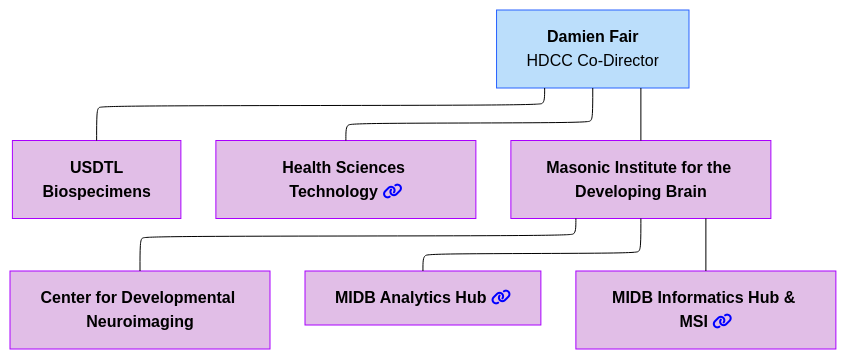
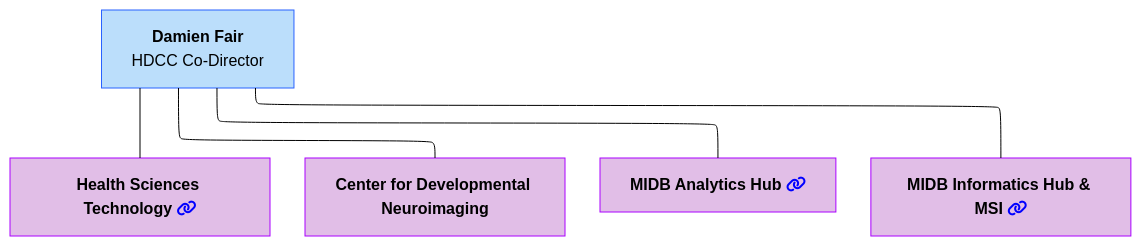
The seventh of 12 diagrams in docs/orgcharts.md (DCAN-Labs/hbcd-docs-internal), drawn with Mermaid (forest theme) before and after one commit. The commit also changed other lines of this file, not shown here.

Commit message:
reorg UMN OC

````diff
--- a/docs/orgcharts.md
+++ b/docs/orgcharts.md
@@ -305,25 +305,21 @@
 ```mermaid
 ---
 config:
   layout: elk
 ---
 flowchart TB
     A["<b>Damien Fair</b><br>HDCC Co-Director"] 
-    A --- biospec["<b>USDTL<br>Biospecimens</b>"]
-    A --- HST["<b>Health Sciences Technology</b> <i class="fa-solid fa-link" style="color: blue;"></i>"]
-    A --- n7["<b>Masonic Institute for the Developing Brain</b>"]
-    n7 --- CDNI["<b>Center for Developmental Neuroimaging</b>"]
-    n7 --- genomics["<b>MIDB Analytics Hub</b> <i class="fa-solid fa-link" style="color: blue;"></i>"]
-    n7 --- informatics["<b>MIDB Informatics Hub &amp; MSI</b> <i class="fa-solid fa-link" style="color: blue;"></i>"]
+    A --- B["<b>Health Sciences Technology</b> <i class="fa-solid fa-link" style="color: blue;"></i>"]
+    A --- C["<b>Center for Developmental Neuroimaging</b>"]
+    A --- D["<b>MIDB Analytics Hub</b> <i class="fa-solid fa-link" style="color: blue;"></i>"]
+    A --- E["<b>MIDB Informatics Hub &amp; MSI</b> <i class="fa-solid fa-link" style="color: blue;"></i>"]
     style A fill:#BBDEFB,stroke:#2962FF
-    style HST fill:#E1BEE7,stroke:#AA00FF
-    style CDNI fill:#E1BEE7,stroke:#AA00FF
-    style genomics fill:#E1BEE7,stroke:#AA00FF
-    style informatics fill:#E1BEE7,stroke:#AA00FF
-    style n7 fill:#E1BEE7,stroke:#AA00FF
-    style biospec fill:#E1BEE7,stroke:#AA00FF
-    click HST "#health-sciences-technology-hst"
-    click CDNI "#center-for-developmental-neuroimaging"
-    click genomics "#midb-analytics-hub"
-    click informatics "#midb-informatics-hub-msi"
+    style B fill:#E1BEE7,stroke:#AA00FF
+    style C fill:#E1BEE7,stroke:#AA00FF
+    style D fill:#E1BEE7,stroke:#AA00FF
+    style E fill:#E1BEE7,stroke:#AA00FF
+    click B "#health-sciences-technology-hst"
+    click C "#center-for-developmental-neuroimaging"
+    click D "#midb-analytics-hub"
+    click E "#midb-informatics-hub-msi"
 ```
````
